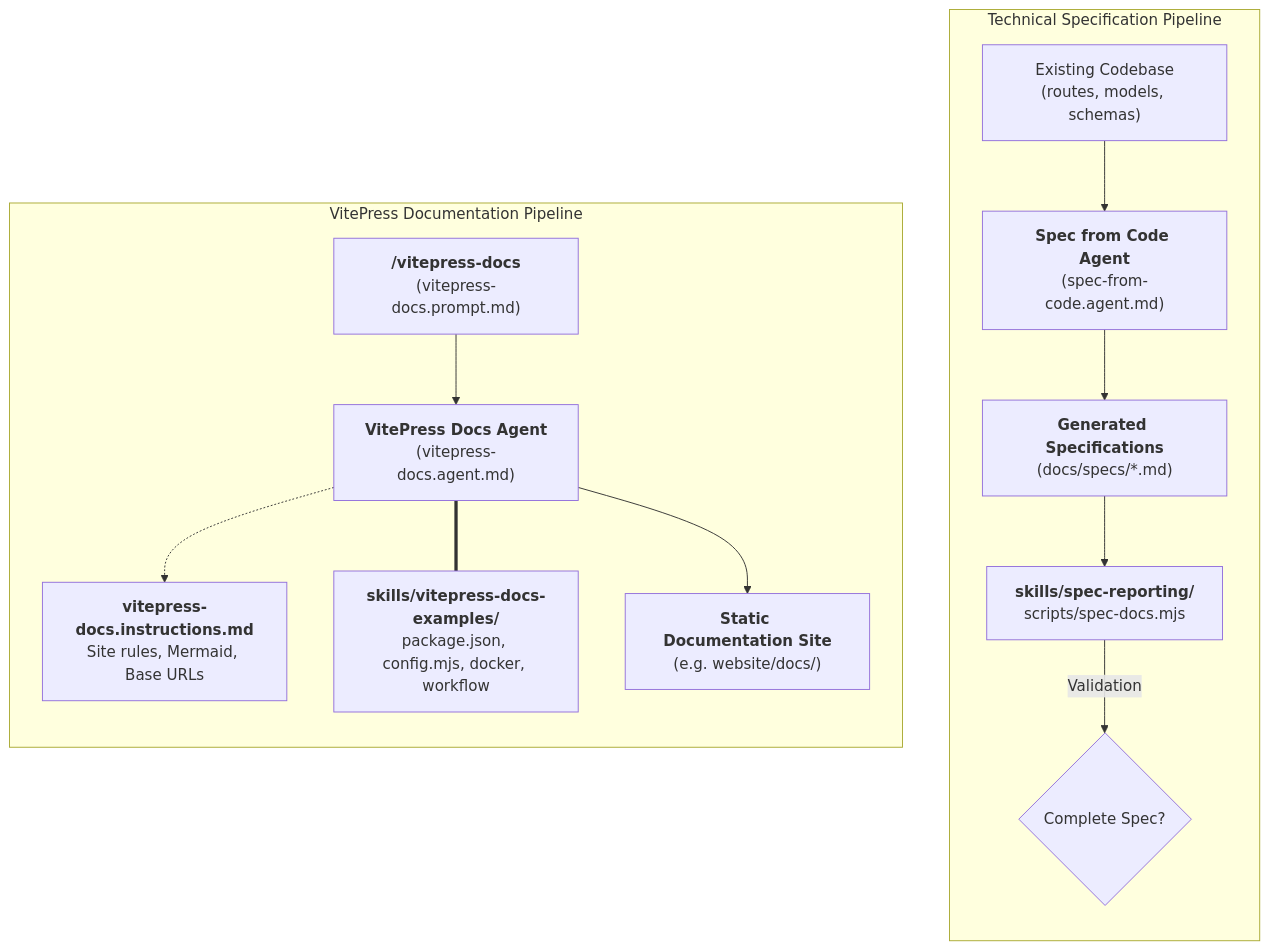
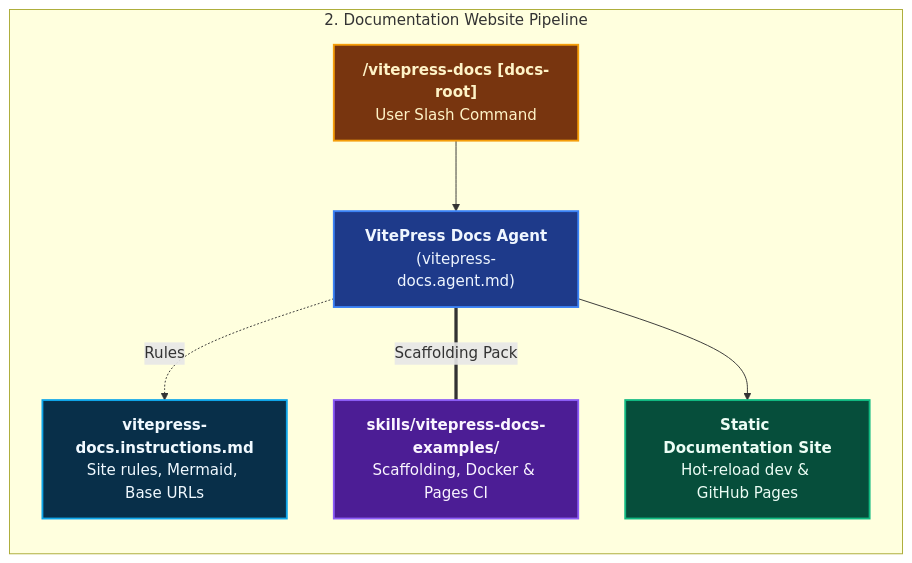
One commit to ALTEN-group/coding-pal changed the second of 2 diagrams in website/docs/guide/domain-docs.md. Above: the diagram before and after it, drawn with Mermaid. The commit also changed other lines of this file and 19 other files, not shown here.

First line of the commit message:
feat: add E2E Tester agent and update related documentation

````diff
--- a/website/docs/guide/domain-docs.md
+++ b/website/docs/guide/domain-docs.md
@@ -9,21 +40,31 @@
 ```mermaid
 ---
-caption: Documentation & Technical Specification Architecture
+caption: Documentation Website Pipeline (vitepress-docs)
 ---
 flowchart TD
-    subgraph SpecExtraction ["Technical Specification Pipeline"]
+    subgraph DocsTrack ["2. Documentation Website Pipeline"]
         direction TB
-        CODE["Existing Codebase<br/>(routes, models, schemas)"] --> AG_SPEC["<b>Spec from Code Agent</b><br/>(spec-from-code.agent.md)"]
-        AG_SPEC --> SPECS["<b>Generated Specifications</b><br/>(docs/specs/*.md)"]
-        SPECS --> S_SPEC["<b>skills/spec-reporting/</b><br/>scripts/spec-docs.mjs"]
-        S_SPEC -->|Validation| SPEC_OK{"Complete Spec?"}
+        P_DOCS["<b>/vitepress-docs [docs-root]</b><br/>User Slash Command"]
+        AG_DOCS["<b>VitePress Docs Agent</b><br/>(vitepress-docs.agent.md)"]
+        INST_DOCS["<b>vitepress-docs.instructions.md</b><br/>Site rules, Mermaid, Base URLs"]
+        SKILL_DOCS["<b>skills/vitepress-docs-examples/</b><br/>Scaffolding, Docker & Pages CI"]
+        SITE_OUT["<b>Static Documentation Site</b><br/>Hot-reload dev & GitHub Pages"]
+
+        P_DOCS --> AG_DOCS
+        AG_DOCS -.->|Rules| INST_DOCS
+        AG_DOCS ===|Scaffolding Pack| SKILL_DOCS
+        AG_DOCS --> SITE_OUT
     end
 
-    subgraph DocsWebsite ["VitePress Documentation Pipeline"]
-        direction TB
-        P_DOCS["<b>/vitepress-docs</b><br/>(vitepress-docs.prompt.md)"] --> AG_DOCS["<b>VitePress Docs Agent</b><br/>(vitepress-docs.agent.md)"]
-        AG_DOCS -.-> INST_DOCS["<b>vitepress-docs.instructions.md</b><br/>Site rules, Mermaid, Base URLs"]
-        AG_DOCS === SKILL_DOCS["<b>skills/vitepress-docs-examples/</b><br/>package.json, config.mjs, docker, workflow"]
-        AG_DOCS --> SITE["<b>Static Documentation Site</b><br/>(e.g. website/docs/)"]
-    end
+    classDef prompt fill:#78350f,stroke:#f59e0b,stroke-width:2px,color:#fef3c7;
+    classDef agent fill:#1e3a8a,stroke:#3b82f6,stroke-width:2px,color:#eff6ff;
+    classDef instruction fill:#082f49,stroke:#0ea5e9,stroke-width:2px,color:#f0f9ff;
+    classDef skill fill:#4c1d95,stroke:#8b5cf6,stroke-width:2px,color:#faf5ff;
+    classDef verify fill:#064e3b,stroke:#10b981,stroke-width:2px,color:#ecfdf5;
+
+    class P_DOCS prompt;
+    class AG_DOCS agent;
+    class INST_DOCS instruction;
+    class SKILL_DOCS skill;
+    class SITE_OUT verify;
 ```
````
